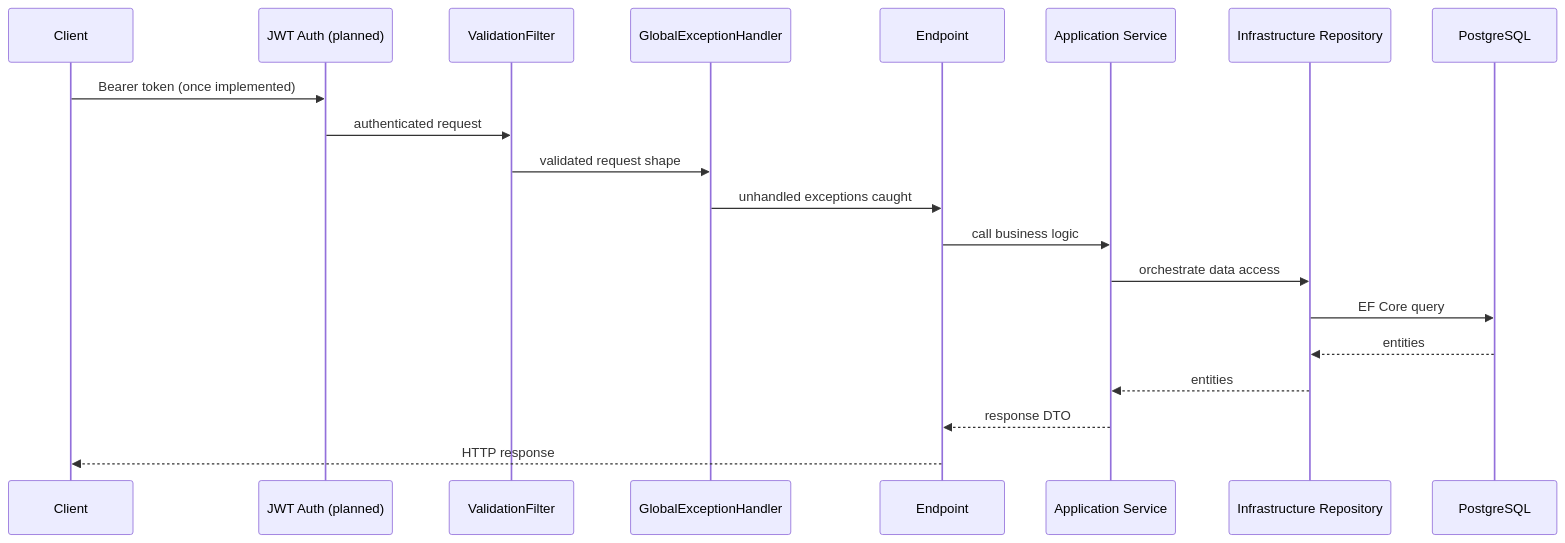
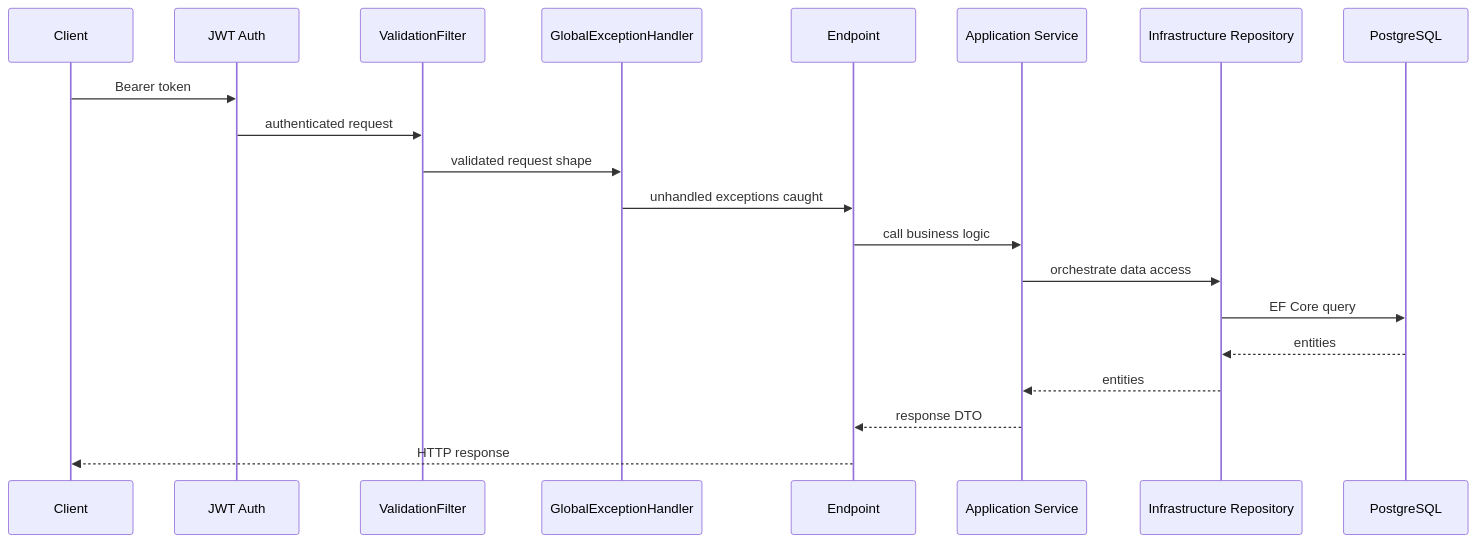
The second of 2 diagrams in services/backend-dotnet-recipe-budget/README.md (handyana-adesso/smart-meal-planner), drawn with Mermaid before and after one commit. The commit also changed other lines of this file and 3 other files, not shown here.

````diff
--- a/services/backend-dotnet-recipe-budget/README.md
+++ b/services/backend-dotnet-recipe-budget/README.md
@@ -34,23 +34,23 @@
 ```mermaid
 sequenceDiagram
   participant Client
-  participant JWT as JWT Auth (planned)
+  participant JWT as JWT Auth
   participant Filter as ValidationFilter
   participant Handler as GlobalExceptionHandler
   participant Endpoint
   participant Service as Application Service
   participant Repo as Infrastructure Repository
   participant DB as PostgreSQL
 
-  Client->>JWT: Bearer token (once implemented)
+  Client->>JWT: Bearer token
   JWT->>Filter: authenticated request
   Filter->>Handler: validated request shape
   Handler->>Endpoint: unhandled exceptions caught
   Endpoint->>Service: call business logic
   Service->>Repo: orchestrate data access
   Repo->>DB: EF Core query
   DB-->>Repo: entities
   Repo-->>Service: entities
   Service-->>Endpoint: response DTO
   Endpoint-->>Client: HTTP response
 ```
````
